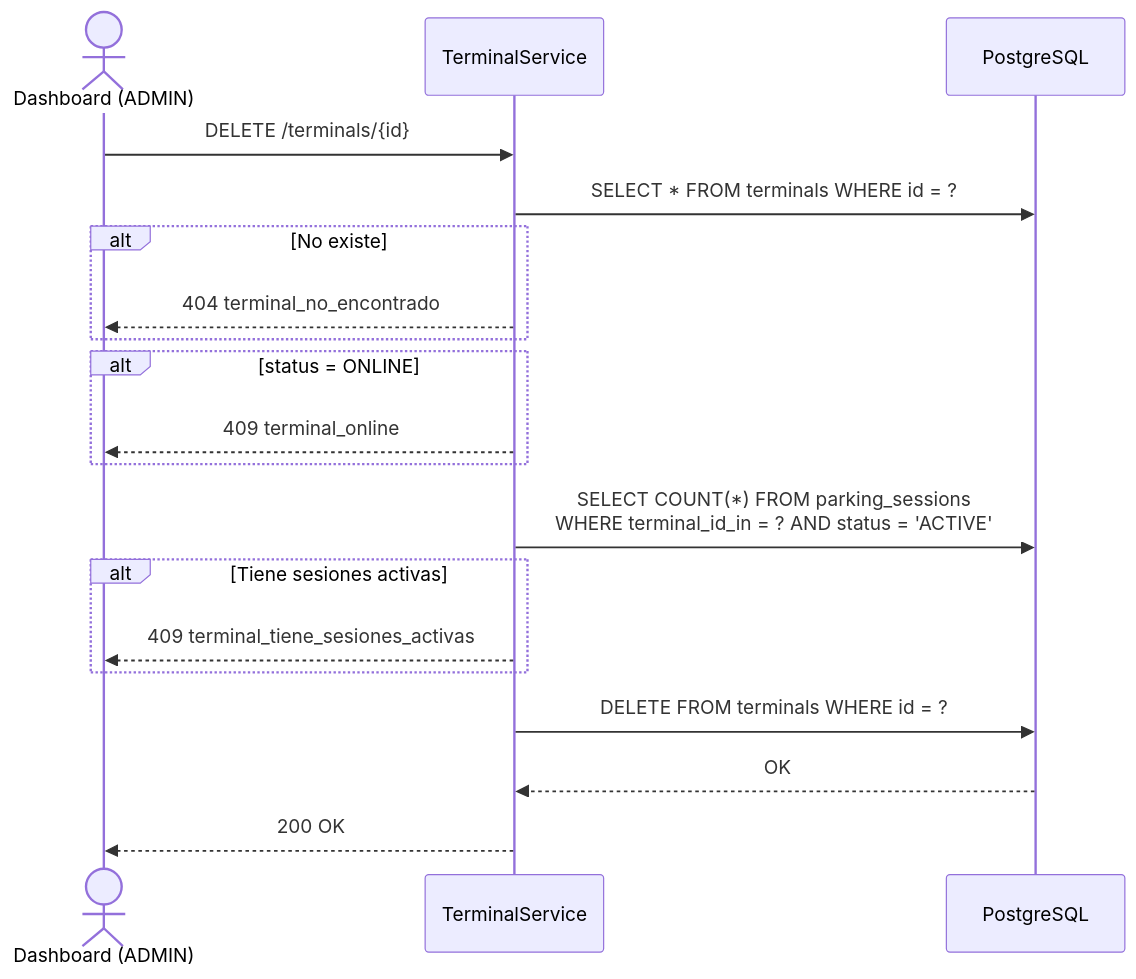
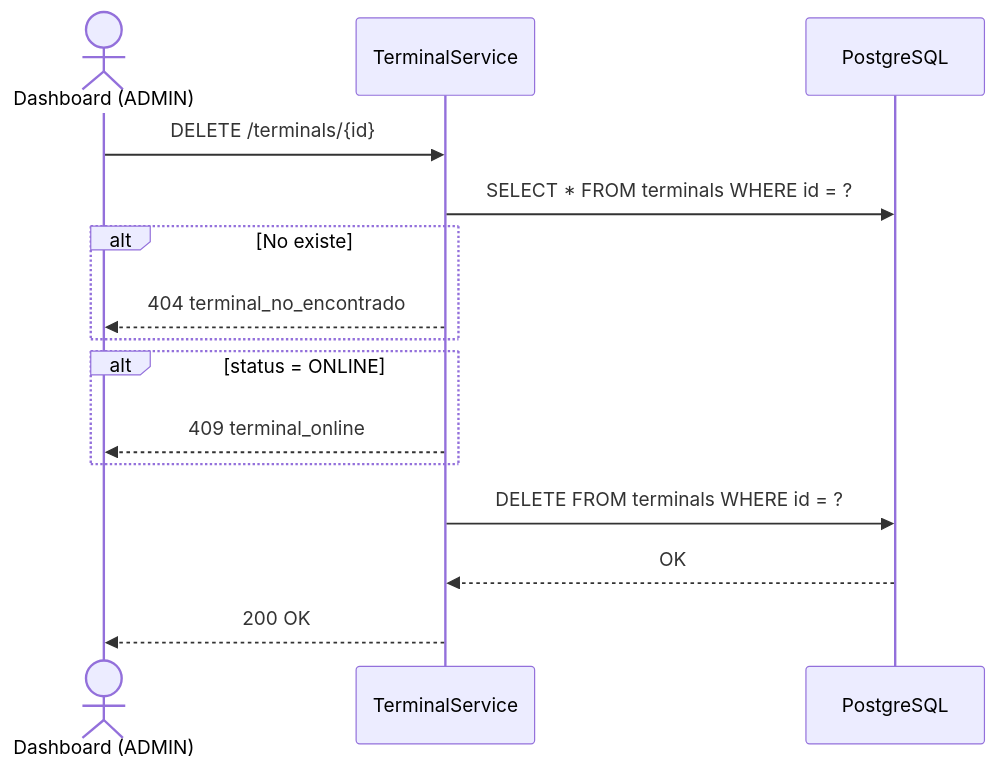
Before and after one commit to andressep95/parking-app-backend: the first of 2 diagrams in docs/user-stories/US-008-crud-terminales.md, drawn with Mermaid. The commit also changed other lines of this file and 19 other files, not shown here.

````diff
--- a/docs/user-stories/US-008-crud-terminales.md
+++ b/docs/user-stories/US-008-crud-terminales.md
@@ -178,27 +195,22 @@
 ```mermaid
 sequenceDiagram
     actor ADM as Dashboard (ADMIN)
     participant API as TerminalService
     participant DB  as PostgreSQL
 
     ADM->>API: DELETE /terminals/{id}
 
     API->>DB: SELECT * FROM terminals WHERE id = ?
     alt No existe
         API-->>ADM: 404 terminal_no_encontrado
     end
 
     alt status = ONLINE
         API-->>ADM: 409 terminal_online
     end
 
-    API->>DB: SELECT COUNT(*) FROM parking_sessions<br/>WHERE terminal_id_in = ? AND status = 'ACTIVE'
-    alt Tiene sesiones activas
-        API-->>ADM: 409 terminal_tiene_sesiones_activas
-    end
-
     API->>DB: DELETE FROM terminals WHERE id = ?
     DB-->>API: OK
 
     API-->>ADM: 200 OK
 ```
````
